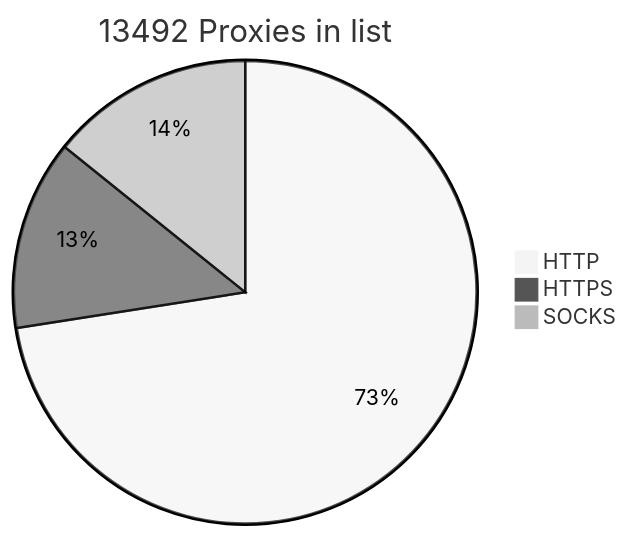
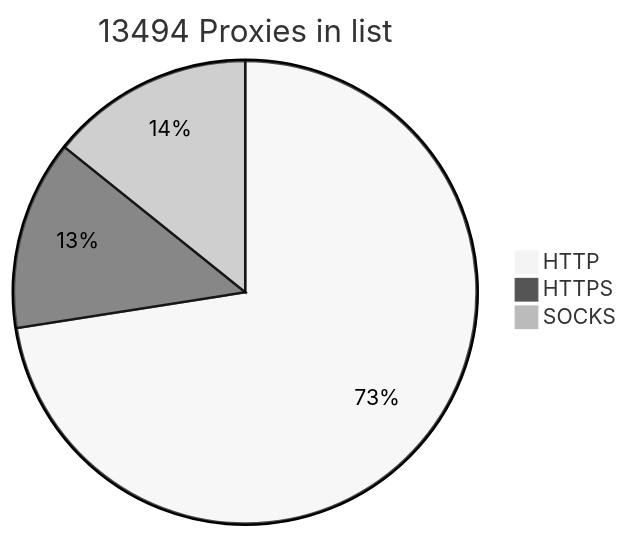
One commit to BlackSnowDot/proxylist-update-every-minute changed the diagram in README.md. Above: the diagram before and after it, drawn with Mermaid (neutral theme).

````diff
--- a/README.md
+++ b/README.md
@@ -2,6 +2,6 @@
 ```mermaid
-pie title 13492 Proxies in list
+pie title 13494 Proxies in list
     "HTTP" : 10306
     "HTTPS": 1883
-    "SOCKS" : 2020
+    "SOCKS" : 2022
 ```
````
